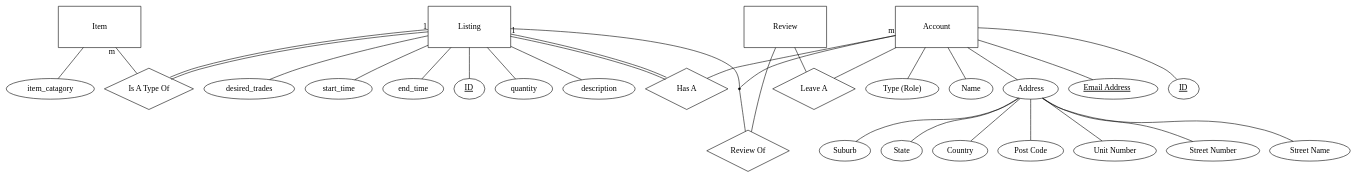
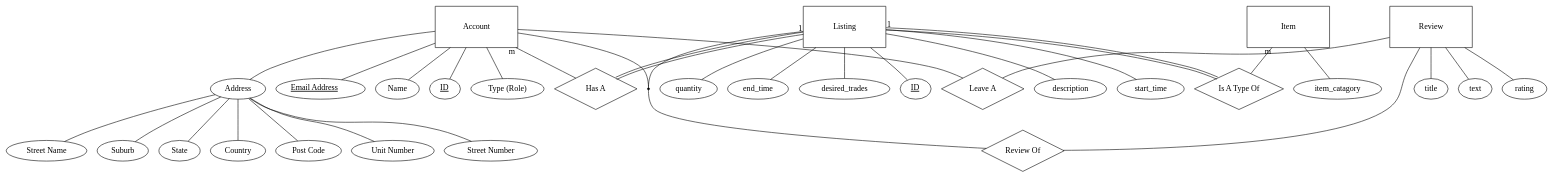
Before and after one commit to Samworth27/T2A2: the diagram in erd.dot, drawn with Graphviz. The commit also changed 12 other files, not shown here.

```diff
--- a/erd.dot
+++ b/erd.dot
@@ -1,97 +1,100 @@
 graph {
+
   overlap = scalexy
-  sep=0.5
+  sep=0.01
   node[width=2,height=1]
 
   node [shape=rectangle];
   Account;
   Listing;
   Item;
   Review;
 
   node [shape=diamond];
   account_listing [label="Has A"];
   listing_item [label="Is A Type Of"];
   account_review [label = "Leave A"];
   review_of [label = "Review Of"];
   
   node [shape=point,width="",height="",]
   listing_or_account -- review_of [len=0.4]
 
   node [shape=oval];
 
   
 
   //###########################
   // Account
   //###########################
   
   // Attributes
   Account -- {
     account_ID [group="account",label=<<u>ID</u>>]
     account_type [label="Type (Role)"]
     user_name [label = Name]
     address [label="Address"]
     user_email[label=<<u>Email Address</u>>]
   }
   address -- {
     "Unit Number"
     "Street Number"
     "Street Name"
     "Suburb"
     "State"
     "Country"
     "Post Code"
   }
 
   // Relationships
   Account -- account_listing [taillabel="m"]
   Account -- account_review
   Account -- listing_or_account
 
   //################################
   // Listing
   //################################
 
   // Attributes
   Listing -- {
     listing_ID[label=<<u>ID</u>>]
     quantity;
     description;
     desired_trades;
     start_time;
     end_time;
   }
   // Relationships
   Listing -- account_listing [taillabel="1", color="black:invis:black"]
   Listing -- listing_item [taillabel="1", color="black:invis:black"]
   Listing -- listing_or_account
 
   //################################
   // Item
   //################################
 
   // Attributes
   Item -- {
     item_catagory
 
   }
 
   // Relationships
   Item -- listing_item [taillabel="m"]
 
   //################################
   // Review
   //################################
 
   // Attributes
   Review -- {
-
+    title
+    text
+    rating
   }
   // Relationships
   Review -- account_review
   Review -- review_of
 
 }
 // sfdp -Goverlap=prism -Tdot -o test.gv erd.dot
 // gvmap  -e test.gv | neato -Ecolor="#55555522" -n2 -Tpng > gd_1994_2007.png
```
